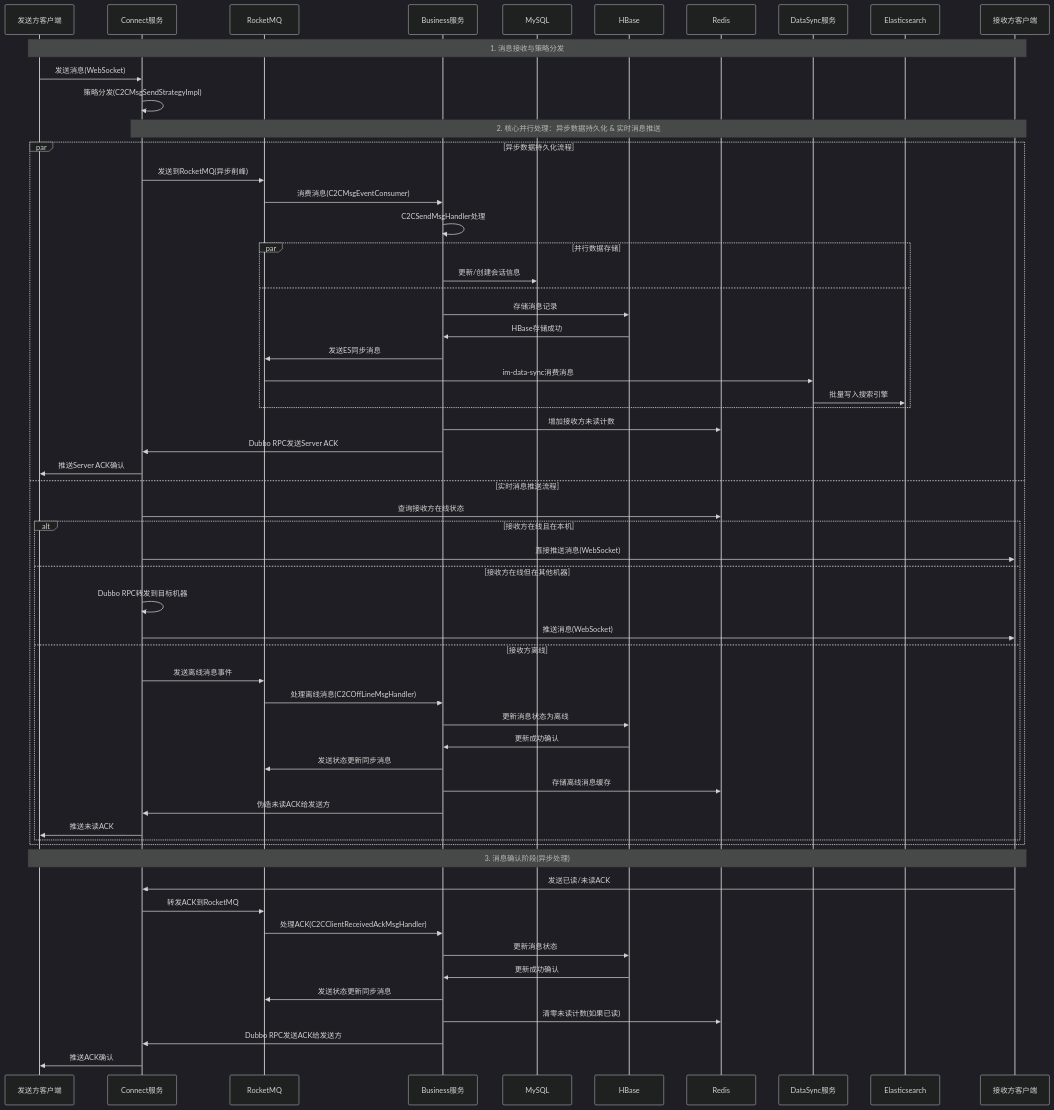
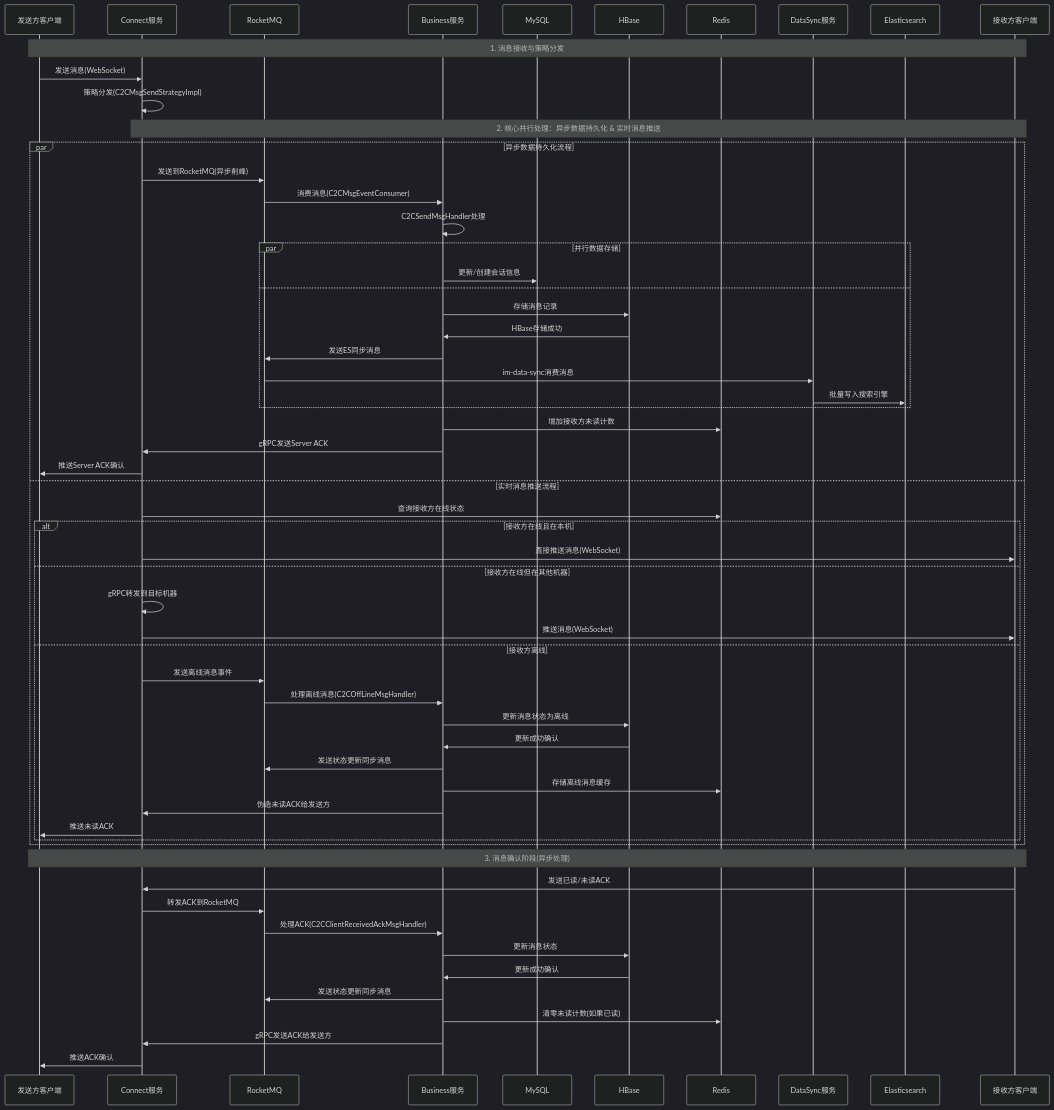
Before and after one commit to 598572/xzll-im-server: the third of 3 diagrams in README.md, drawn with Mermaid (dark theme). The commit also changed other lines of this file and 4 other files, not shown here.

````diff
--- a/README.md
+++ b/README.md
@@ -153,64 +153,64 @@
 ```mermaid
 sequenceDiagram
     participant C1 as 发送方客户端
     participant CON as Connect服务
     participant MQ as RocketMQ
     participant BIZ as Business服务
     participant M as MySQL
     participant H as HBase
     participant R as Redis
     participant DS as DataSync服务
     participant ES as Elasticsearch
     participant C2 as 接收方客户端
 
     Note over C1,C2: 1. 消息接收与策略分发
     C1->>CON: 发送消息(WebSocket)
     CON->>CON: 策略分发(C2CMsgSendStrategyImpl)
     
     Note over CON,C2: 2. 核心并行处理：异步数据持久化 & 实时消息推送
     par 异步数据持久化流程
         CON->>MQ: 发送到RocketMQ(异步削峰)
         MQ->>BIZ: 消费消息(C2CMsgEventConsumer)
         BIZ->>BIZ: C2CSendMsgHandler处理
         par 并行数据存储
             BIZ->>M: 更新/创建会话信息
         and 
             BIZ->>H: 存储消息记录
             H->>BIZ: HBase存储成功
             BIZ->>MQ: 发送ES同步消息
             MQ->>DS: im-data-sync消费消息
             DS->>ES: 批量写入搜索引擎
         end
         BIZ->>R: 增加接收方未读计数
-        BIZ->>CON: Dubbo RPC发送Server ACK
+        BIZ->>CON: gRPC发送Server ACK
         CON->>C1: 推送Server ACK确认
     and 实时消息推送流程
         CON->>R: 查询接收方在线状态
         alt 接收方在线且在本机
             CON->>C2: 直接推送消息(WebSocket)
         else 接收方在线但在其他机器
-            CON->>CON: Dubbo RPC转发到目标机器
+            CON->>CON: gRPC转发到目标机器
             CON->>C2: 推送消息(WebSocket)
         else 接收方离线
             CON->>MQ: 发送离线消息事件
             MQ->>BIZ: 处理离线消息(C2COffLineMsgHandler)
             BIZ->>H: 更新消息状态为离线
             H->>BIZ: 更新成功确认
             BIZ->>MQ: 发送状态更新同步消息
             BIZ->>R: 存储离线消息缓存
             BIZ->>CON: 伪造未读ACK给发送方
             CON->>C1: 推送未读ACK
         end
     end
     
     Note over C2,C1: 3. 消息确认阶段(异步处理)
     C2->>CON: 发送已读/未读ACK
     CON->>MQ: 转发ACK到RocketMQ
     MQ->>BIZ: 处理ACK(C2CClientReceivedAckMsgHandler)
     BIZ->>H: 更新消息状态
     H->>BIZ: 更新成功确认
     BIZ->>MQ: 发送状态更新同步消息
     BIZ->>R: 清零未读计数(如果已读)
-    BIZ->>CON: Dubbo RPC发送ACK给发送方
+    BIZ->>CON: gRPC发送ACK给发送方
     CON->>C1: 推送ACK确认
 ```
````
